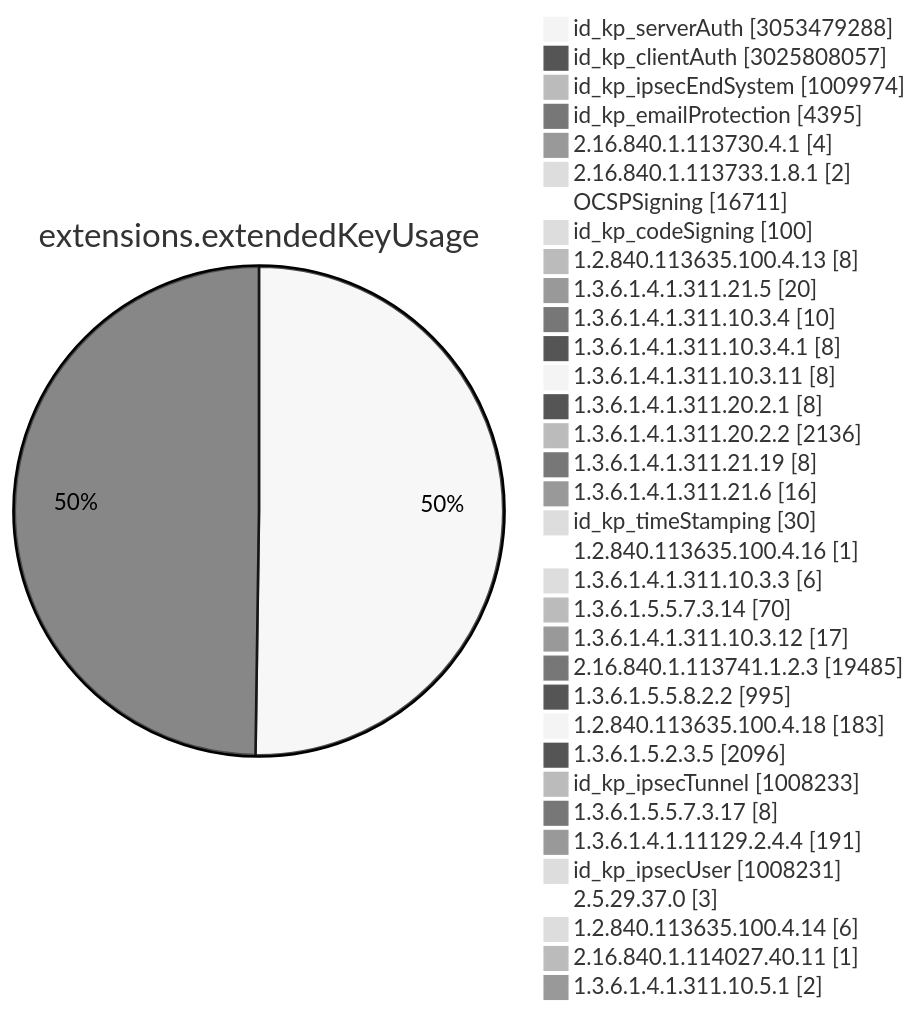
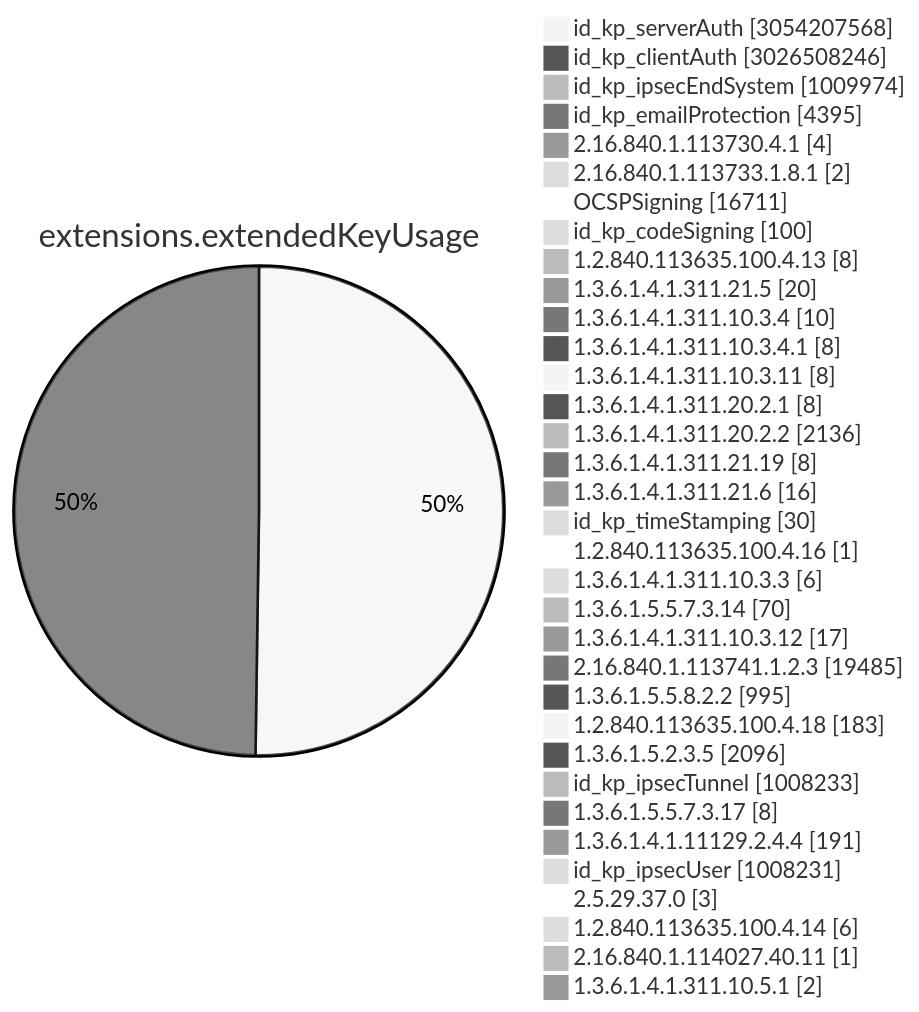
Before and after one commit to christiankrug/ctmonitor_visualization: diagram 11 of 15 in TOTAL/README.md, drawn with Mermaid (neutral theme). The commit also changed other lines of this file, not shown here.

````diff
--- a/TOTAL/README.md
+++ b/TOTAL/README.md
@@ -4118,38 +4118,38 @@
 ```mermaid
 pie showData
 title extensions.extendedKeyUsage
-"id_kp_serverAuth" :3053479288
-"id_kp_clientAuth" :3025808057
+"id_kp_serverAuth" :3054207568
+"id_kp_clientAuth" :3026508246
 "id_kp_ipsecEndSystem" :1009974
 "id_kp_emailProtection" :4395
 "2.16.840.1.113730.4.1" :4
 "2.16.840.1.113733.1.8.1" :2
 "OCSPSigning" :16711
 "id_kp_codeSigning" :100
 "1.2.840.113635.100.4.13" :8
 "1.3.6.1.4.1.311.21.5" :20
 "1.3.6.1.4.1.311.10.3.4" :10
 "1.3.6.1.4.1.311.10.3.4.1" :8
 "1.3.6.1.4.1.311.10.3.11" :8
 "1.3.6.1.4.1.311.20.2.1" :8
 "1.3.6.1.4.1.311.20.2.2" :2136
 "1.3.6.1.4.1.311.21.19" :8
 "1.3.6.1.4.1.311.21.6" :16
 "id_kp_timeStamping" :30
 "1.2.840.113635.100.4.16" :1
 "1.3.6.1.4.1.311.10.3.3" :6
 "1.3.6.1.5.5.7.3.14" :70
 "1.3.6.1.4.1.311.10.3.12" :17
 "2.16.840.1.113741.1.2.3" :19485
 "1.3.6.1.5.5.8.2.2" :995
 "1.2.840.113635.100.4.18" :183
 "1.3.6.1.5.2.3.5" :2096
 "id_kp_ipsecTunnel" :1008233
 "1.3.6.1.5.5.7.3.17" :8
 "1.3.6.1.4.1.11129.2.4.4" :191
 "id_kp_ipsecUser" :1008231
 "2.5.29.37.0" :3
 "1.2.840.113635.100.4.14" :6
 "2.16.840.1.114027.40.11" :1
 "1.3.6.1.4.1.311.10.5.1" :2
 ```
````
